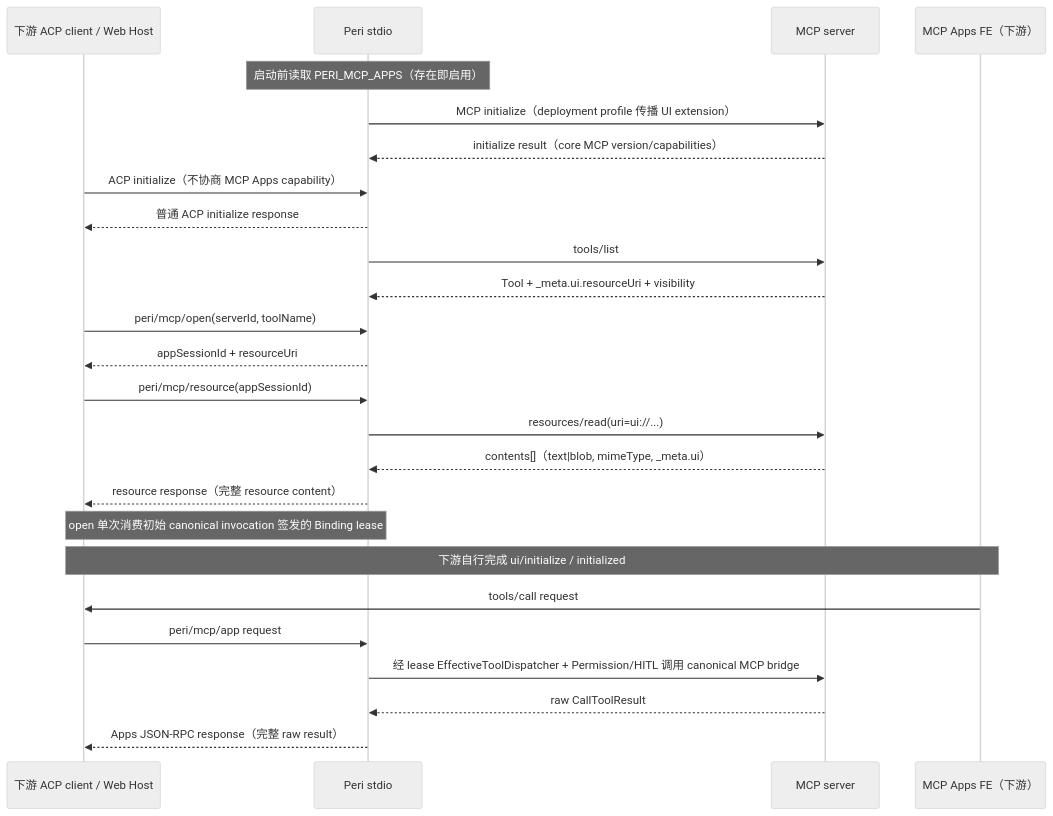
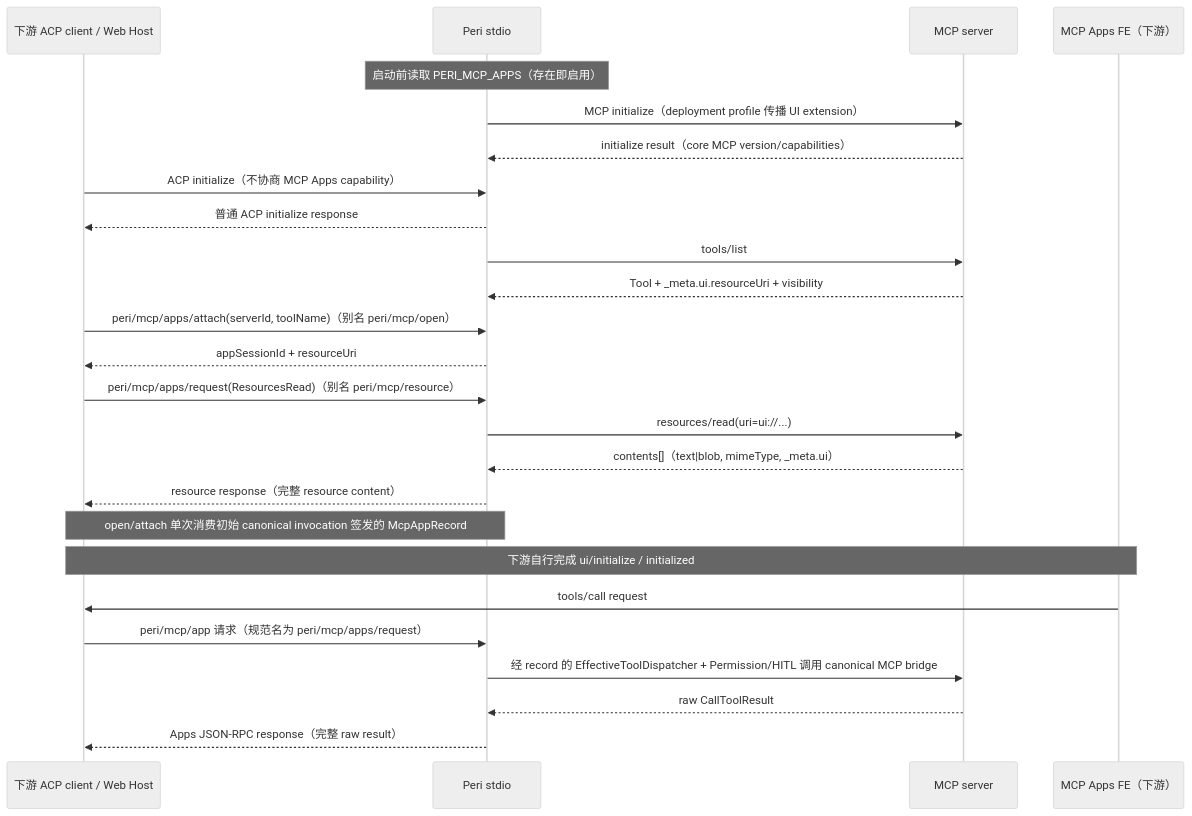
The fourth of 4 diagrams in docs/design/mcp-multiplexing.md (KonghaYao/peri), drawn with Mermaid (neutral theme) before and after one commit. The commit also changed other lines of this file and 309 other files, not shown here.

````diff
--- a/docs/design/mcp-multiplexing.md
+++ b/docs/design/mcp-multiplexing.md
@@ -335,28 +335,28 @@
 ```mermaid
 sequenceDiagram
     participant F as 下游 ACP client / Web Host
     participant P as Peri stdio
     participant M as MCP server
     participant A as MCP Apps FE（下游）
 
     Note over P: 启动前读取 PERI_MCP_APPS（存在即启用）
     P->>M: MCP initialize（deployment profile 传播 UI extension）
     M-->>P: initialize result（core MCP version/capabilities）
     F->>P: ACP initialize（不协商 MCP Apps capability）
     P-->>F: 普通 ACP initialize response
     P->>M: tools/list
     M-->>P: Tool + _meta.ui.resourceUri + visibility
-    F->>P: peri/mcp/open(serverId, toolName)
+    F->>P: peri/mcp/apps/attach(serverId, toolName)（别名 peri/mcp/open）
     P-->>F: appSessionId + resourceUri
-    F->>P: peri/mcp/resource(appSessionId)
+    F->>P: peri/mcp/apps/request(ResourcesRead)（别名 peri/mcp/resource）
     P->>M: resources/read(uri=ui://...)
     M-->>P: contents[]（text|blob, mimeType, _meta.ui）
     P-->>F: resource response（完整 resource content）
-    Note over P,F: open 单次消费初始 canonical invocation 签发的 Binding lease
+    Note over P,F: open/attach 单次消费初始 canonical invocation 签发的 McpAppRecord
     Note over F,A: 下游自行完成 ui/initialize / initialized
     A->>F: tools/call request
-    F->>P: peri/mcp/app request
-    P->>M: 经 lease EffectiveToolDispatcher + Permission/HITL 调用 canonical MCP bridge
+    F->>P: peri/mcp/app 请求（规范名为 peri/mcp/apps/request）
+    P->>M: 经 record 的 EffectiveToolDispatcher + Permission/HITL 调用 canonical MCP bridge
     M-->>P: raw CallToolResult
     P-->>F: Apps JSON-RPC response（完整 raw result）
 ```
````
